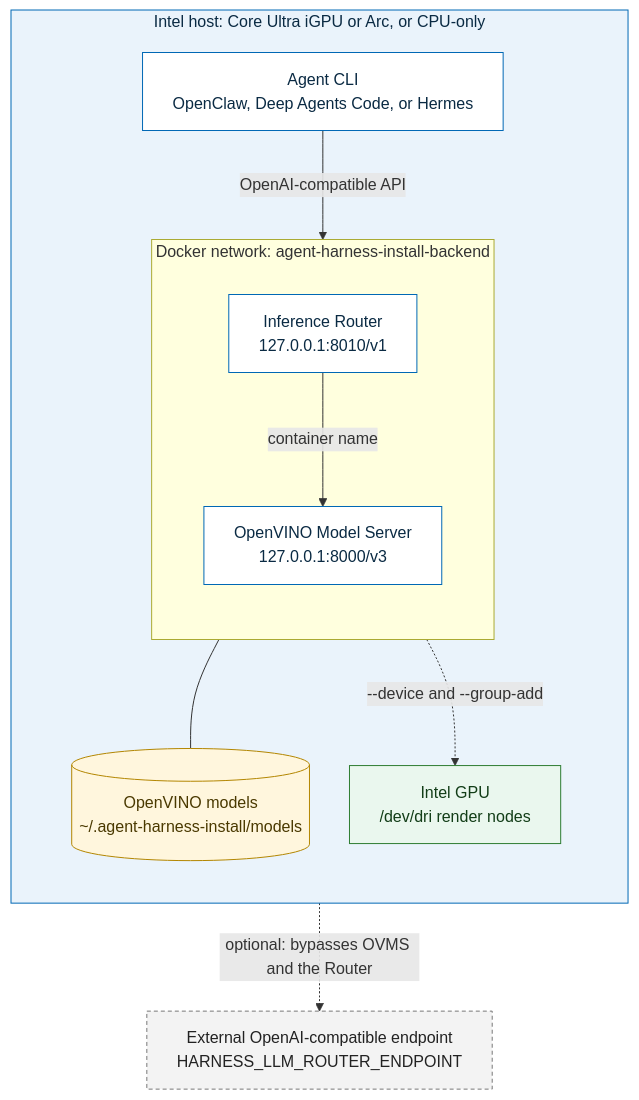
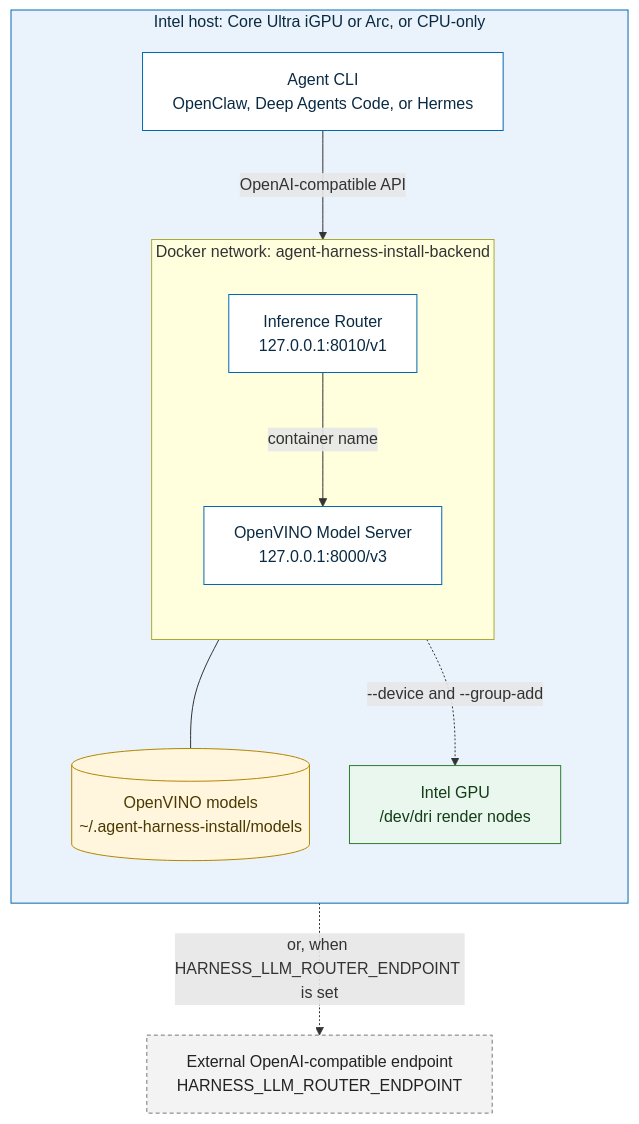
One commit to open-edge-platform/edge-ai-libraries changed the second of 2 diagrams in frameworks/agent-harness-install/README.md. Above: the diagram before and after it, drawn with Mermaid. The commit also changed other lines of this file and 17 other files, not shown here.

````diff
--- a/frameworks/agent-harness-install/README.md
+++ b/frameworks/agent-harness-install/README.md
@@ -109,29 +116,29 @@
 ```mermaid
 %%{init: {"flowchart": {"wrappingWidth": 420, "nodeSpacing": 40, "rankSpacing": 60, "curve": "basis"}}}%%
 flowchart TD
     classDef host fill:#EAF3FB,stroke:#0068B5,color:#0A2A43
     classDef box fill:#FFFFFF,stroke:#0068B5,color:#0A2A43
     classDef store fill:#FFF6DD,stroke:#B38600,color:#4A3900
     classDef hw fill:#EAF7EE,stroke:#2E7D32,color:#123D17
     classDef ext fill:#F3F3F3,stroke:#777777,color:#222222,stroke-dasharray: 4 3
 
     subgraph HOST["Intel host: Core Ultra iGPU or Arc, or CPU-only"]
         direction TB
         AGENT["Agent CLI<br/>OpenClaw, Deep Agents Code, or Hermes"]:::box
         subgraph NET["Docker network: agent-harness-install-backend"]
             direction TB
             IRC["Inference Router<br/>127.0.0.1:8010/v1"]:::box
             OVMSC["OpenVINO Model Server<br/>127.0.0.1:8000/v3"]:::box
         end
         MODELS[("OpenVINO models<br/>~/.agent-harness-install/models")]:::store
         GPUD["Intel GPU<br/>/dev/dri render nodes"]:::hw
     end
     EXTR["External OpenAI-compatible endpoint<br/>HARNESS_LLM_ROUTER_ENDPOINT"]:::ext
 
     AGENT -- "OpenAI-compatible API" --> IRC
     IRC -- "container name" --> OVMSC
     OVMSC --- MODELS
     OVMSC -. "--device and --group-add" .-> GPUD
-    AGENT -. "optional: bypasses OVMS and the Router" .-> EXTR
+    IRC -. "or, when HARNESS_LLM_ROUTER_ENDPOINT is set" .-> EXTR
     class HOST host
 ```
````
